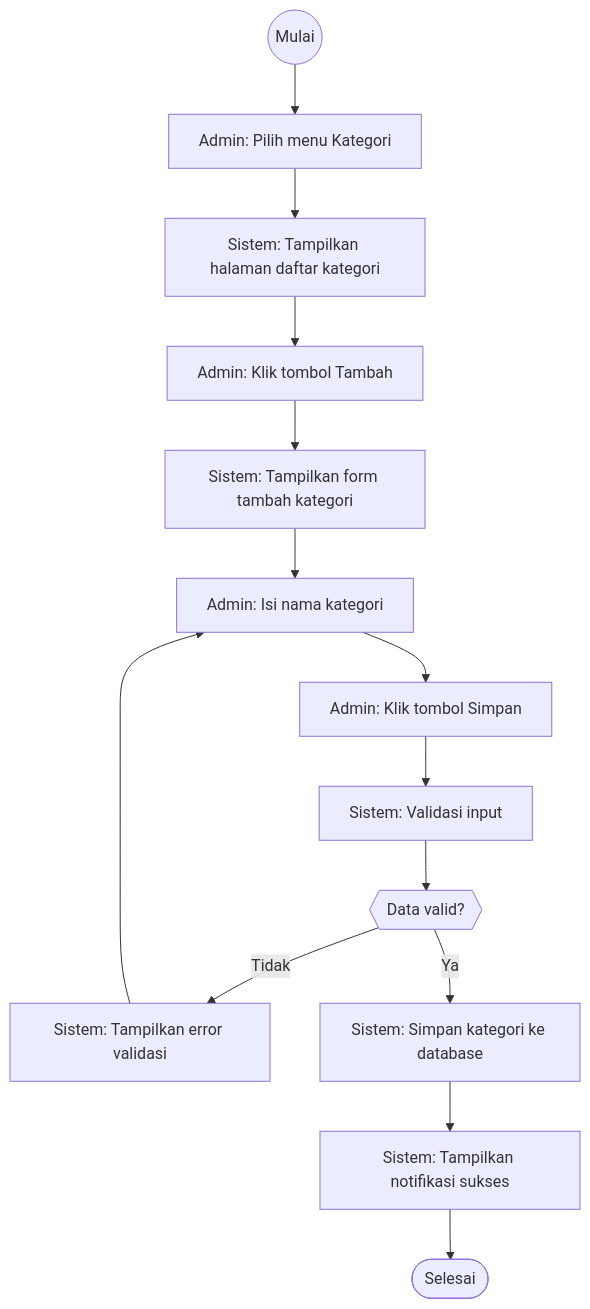
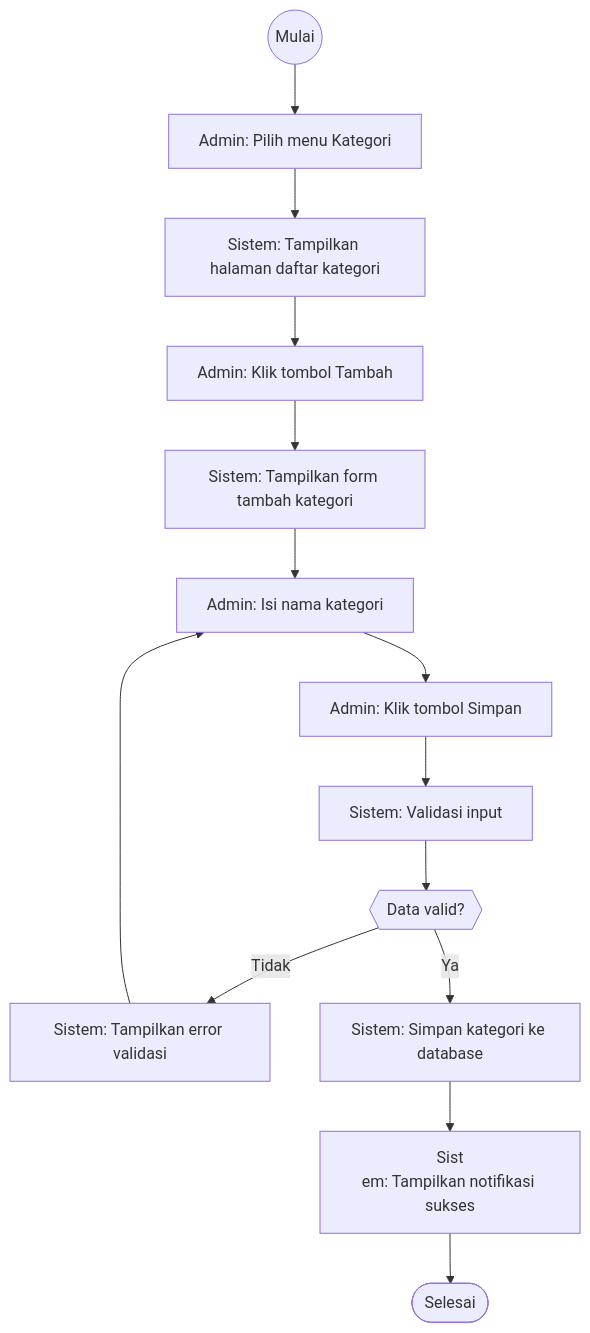
The fifth of 40 diagrams in docs/4.2-perancangan-sistem.md (devWebs01/POS-DW), drawn with Mermaid before and after one commit. The commit also changed other lines of this file, not shown here.

````diff
--- a/docs/4.2-perancangan-sistem.md
+++ b/docs/4.2-perancangan-sistem.md
@@ -947,25 +956,26 @@
 ```mermaid
 flowchart TD
   start((Mulai))
   A_A["Admin: Pilih menu Kategori"]
   start --> A_A
   S_A["Sistem: Tampilkan halaman daftar kategori"]
   A_A --> S_A
   A_B["Admin: Klik tombol Tambah"]
   S_A --> A_B
   S_B["Sistem: Tampilkan form tambah kategori"]
   A_B --> S_B
   A_C["Admin: Isi nama kategori"]
   S_B --> A_C
   A_D["Admin: Klik tombol Simpan"]
   A_C --> A_D
   S_C["Sistem: Validasi input"]
   A_D --> S_C
   D_A{{"Data valid?"}}
   S_C --> D_A
   D_A -->|Tidak| E_A["Sistem: Tampilkan error validasi"]
   E_A --> A_C
   D_A -->|Ya| S_D["Sistem: Simpan kategori ke database"]
-  S_D --> S_E["Sistem: Tampilkan notifikasi sukses"]
+  S_D --> S_E["Sist
+em: Tampilkan notifikasi sukses"]
   S_E --> end_success([Selesai])
 ```
````
